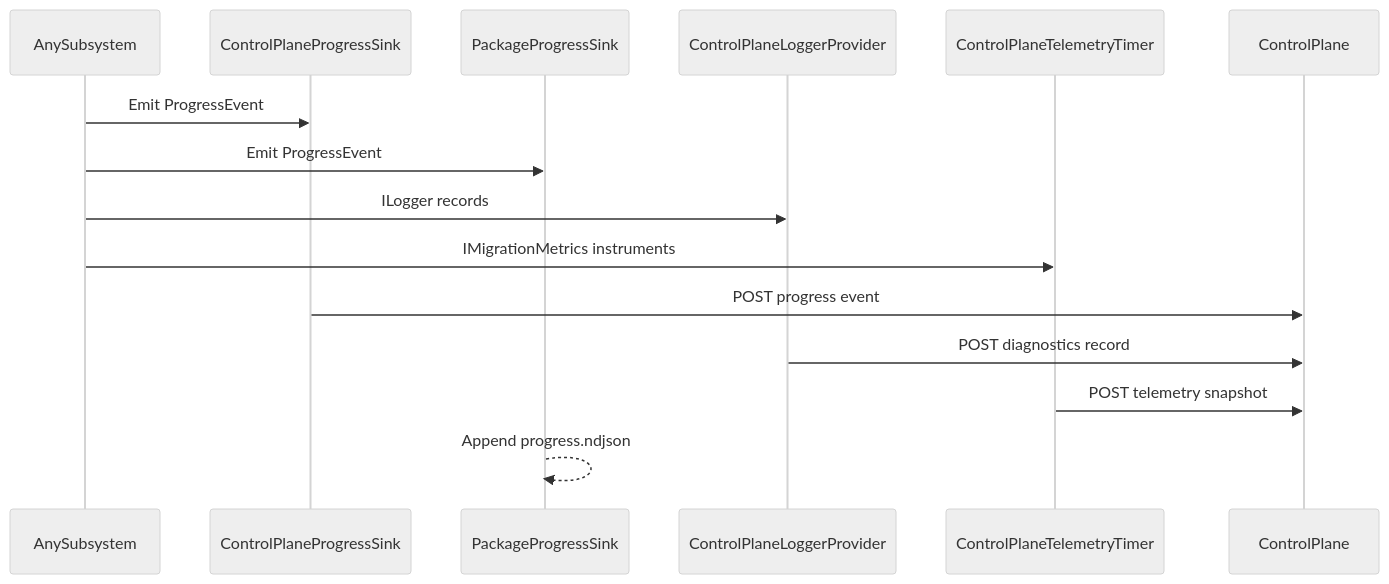
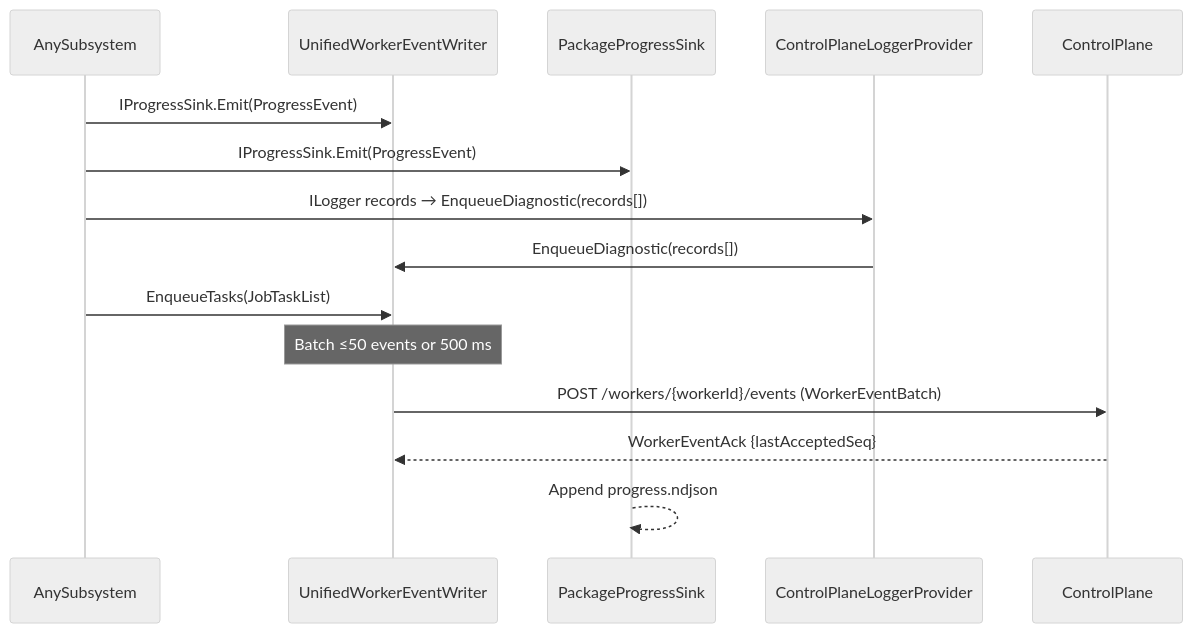
One commit to nkdAgility/azure-devops-migration-platform changed the diagram in .agents/10-contracts/specs/observability-transport-contract.md. Above: the diagram before and after it, drawn with Mermaid (neutral theme). The commit also changed other lines of this file and 6 other files, not shown here.

````diff
--- a/.agents/10-contracts/specs/observability-transport-contract.md
+++ b/.agents/10-contracts/specs/observability-transport-contract.md
@@ -27,18 +30,18 @@
 ```mermaid
 sequenceDiagram
   participant SUB as AnySubsystem
-  participant CPS as ControlPlaneProgressSink
+  participant UEW as UnifiedWorkerEventWriter
   participant PPS as PackageProgressSink
   participant CLP as ControlPlaneLoggerProvider
-  participant CTT as ControlPlaneTelemetryTimer
   participant CP as ControlPlane
 
-  SUB->>CPS: Emit ProgressEvent
-  SUB->>PPS: Emit ProgressEvent
-  SUB->>CLP: ILogger records
-  SUB->>CTT: IMigrationMetrics instruments
-  CPS->>CP: POST progress event
-  CLP->>CP: POST diagnostics record
-  CTT->>CP: POST telemetry snapshot
+  SUB->>UEW: IProgressSink.Emit(ProgressEvent)
+  SUB->>PPS: IProgressSink.Emit(ProgressEvent)
+  SUB->>CLP: ILogger records → EnqueueDiagnostic(records[])
+  CLP->>UEW: EnqueueDiagnostic(records[])
+  SUB->>UEW: EnqueueTasks(JobTaskList)
+  Note over UEW: Batch ≤50 events or 500 ms
+  UEW->>CP: POST /workers/{workerId}/events (WorkerEventBatch)
+  CP-->>UEW: WorkerEventAck {lastAcceptedSeq}
   PPS-->>PPS: Append progress.ndjson
 ```
````
